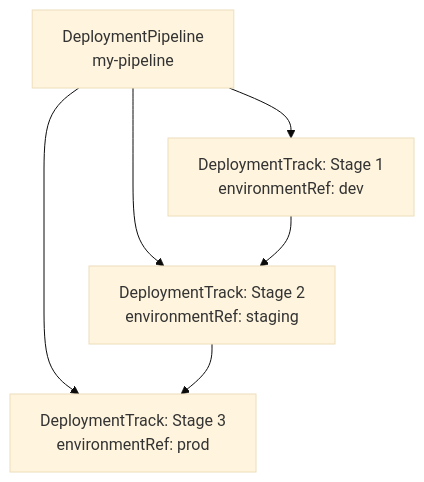
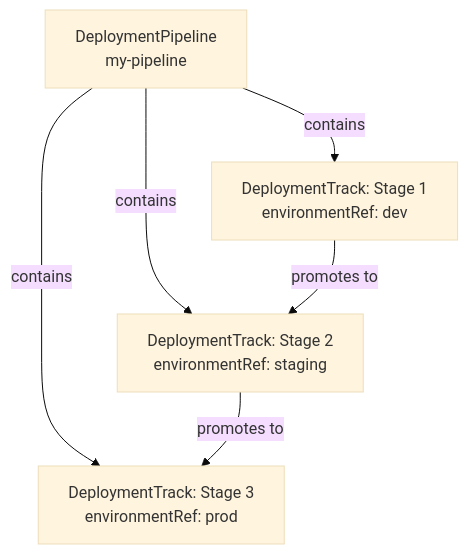
The sixth of 12 diagrams in docs/deepwiki/Platform-Abstractions.md (openchoreo/openchoreo), drawn with Mermaid (base theme) before and after one commit. The commit also changed other lines of this file and 85 other files, not shown here.

Commit message:
feat: Add new workflow and specification templates, update Helm chart dependencies, and clarify documentation diagrams.

````diff
--- a/docs/deepwiki/Platform-Abstractions.md
+++ b/docs/deepwiki/Platform-Abstractions.md
@@ -281,14 +281,14 @@
 ```mermaid
 flowchart TD
 
 DPipe["DeploymentPipeline<br>my-pipeline"]
 Track1["DeploymentTrack: Stage 1<br>environmentRef: dev"]
 Track2["DeploymentTrack: Stage 2<br>environmentRef: staging"]
 Track3["DeploymentTrack: Stage 3<br>environmentRef: prod"]
 
-DPipe --> Track1
-DPipe --> Track2
-DPipe --> Track3
-Track1 --> Track2
-Track2 --> Track3
+DPipe -->|"contains"| Track1
+DPipe -->|"contains"| Track2
+DPipe -->|"contains"| Track3
+Track1 -->|"promotes to"| Track2
+Track2 -->|"promotes to"| Track3
 ```
````
